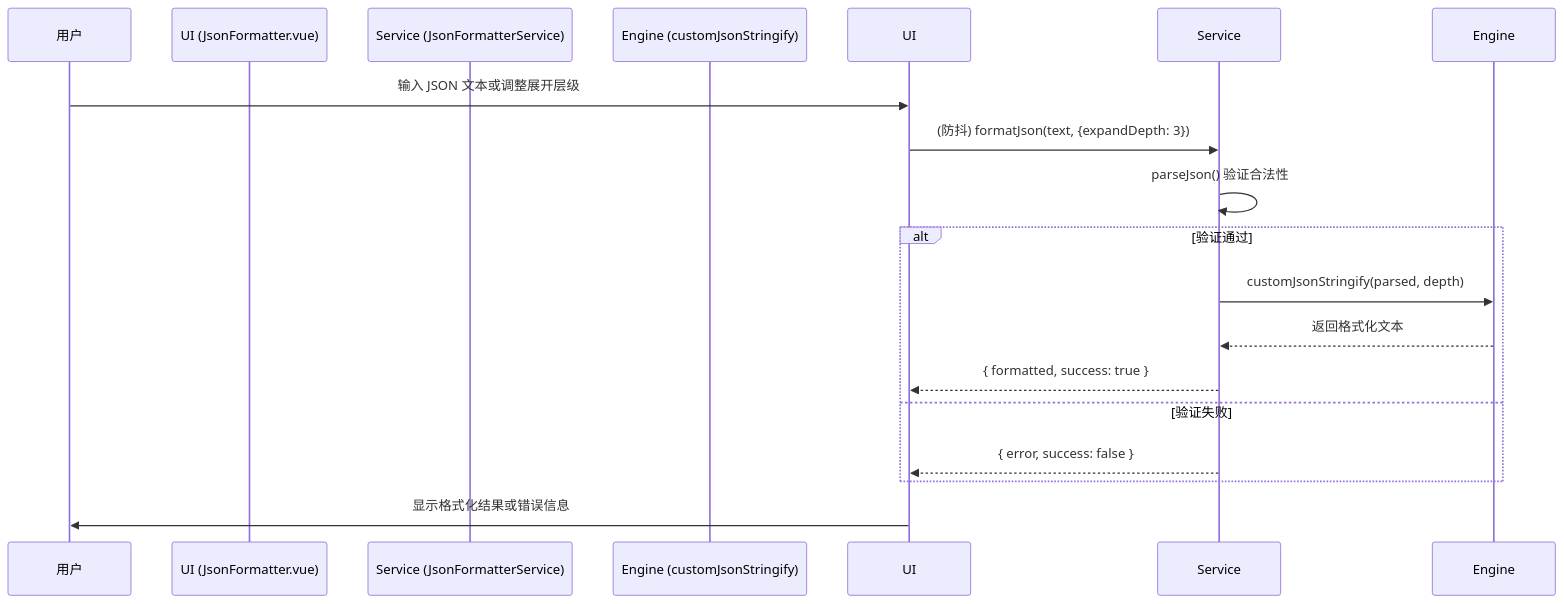
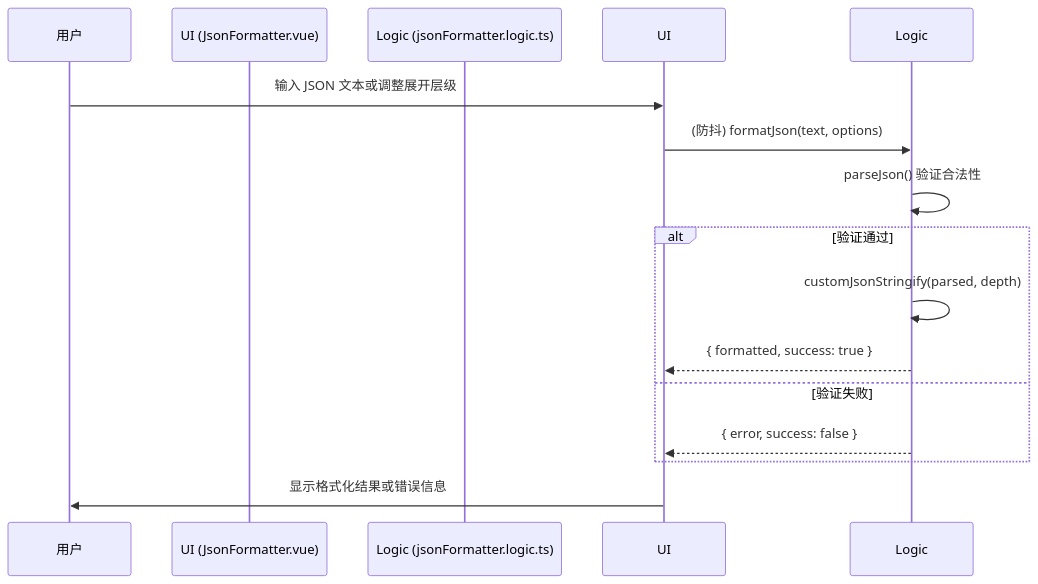
One commit to miaotouy/aio-hub changed the first of 2 diagrams in src/tools/json-formatter/ARCHITECTURE.md. Above: the diagram before and after it, drawn with Mermaid. The commit also changed other lines of this file and 3 other files, not shown here.

First line of the commit message:
refactor(json-formatter): 逻辑与视图分离，重构架构设计

````diff
--- a/src/tools/json-formatter/ARCHITECTURE.md
+++ b/src/tools/json-formatter/ARCHITECTURE.md
@@ -32,21 +34,19 @@
 ```mermaid
 sequenceDiagram
     participant User as 用户
     participant UI (JsonFormatter.vue)
-    participant Service (JsonFormatterService)
-    participant Engine  (customJsonStringify)
+    participant Logic (jsonFormatter.logic.ts)
 
     User->>UI: 输入 JSON 文本或调整展开层级
-    UI->>Service: (防抖) formatJson(text, {expandDepth: 3})
-    Service->>Service: parseJson() 验证合法性
-    
+    UI->>Logic: (防抖) formatJson(text, options)
+    Logic->>Logic: parseJson() 验证合法性
+
     alt 验证通过
-        Service->>Engine: customJsonStringify(parsed, depth)
-        Engine-->>Service: 返回格式化文本
-        Service-->>UI: { formatted, success: true }
+        Logic->>Logic: customJsonStringify(parsed, depth)
+        Logic-->>UI: { formatted, success: true }
     else 验证失败
-        Service-->>UI: { error, success: false }
+        Logic-->>UI: { error, success: false }
     end
-    
+
     UI->>User: 显示格式化结果或错误信息
 ```
````
